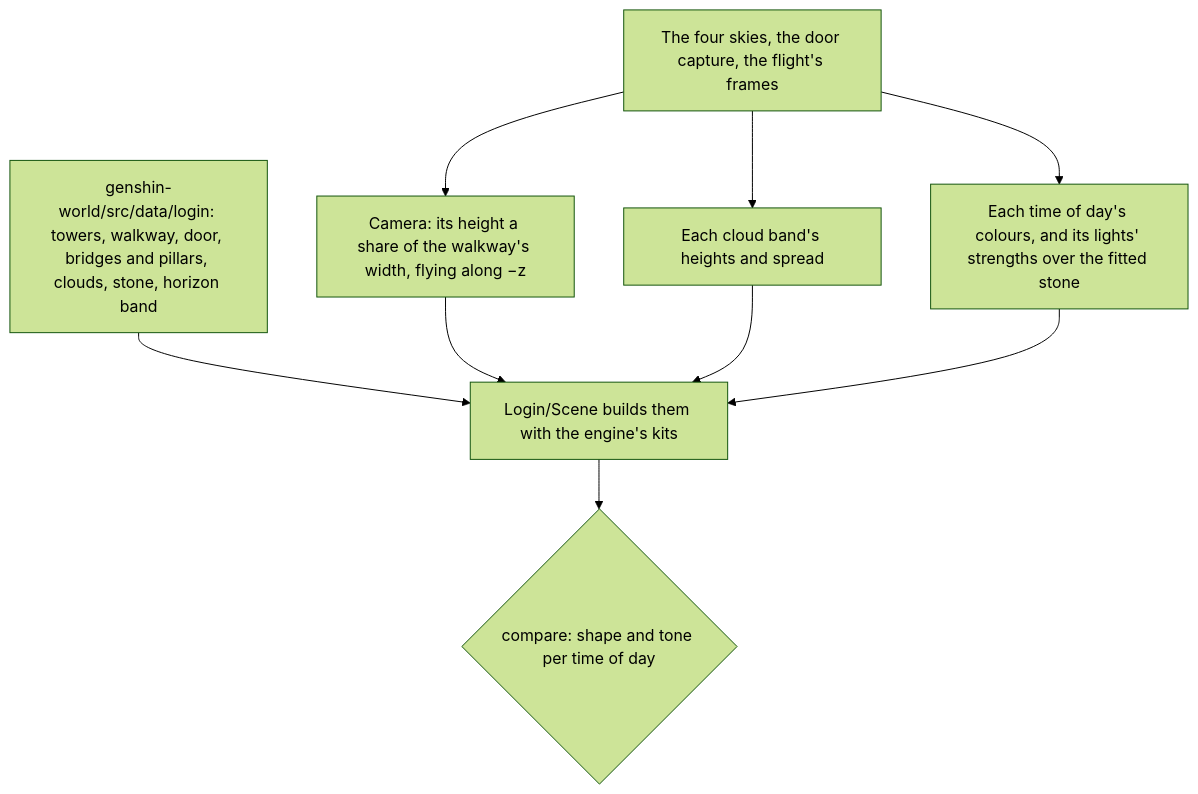
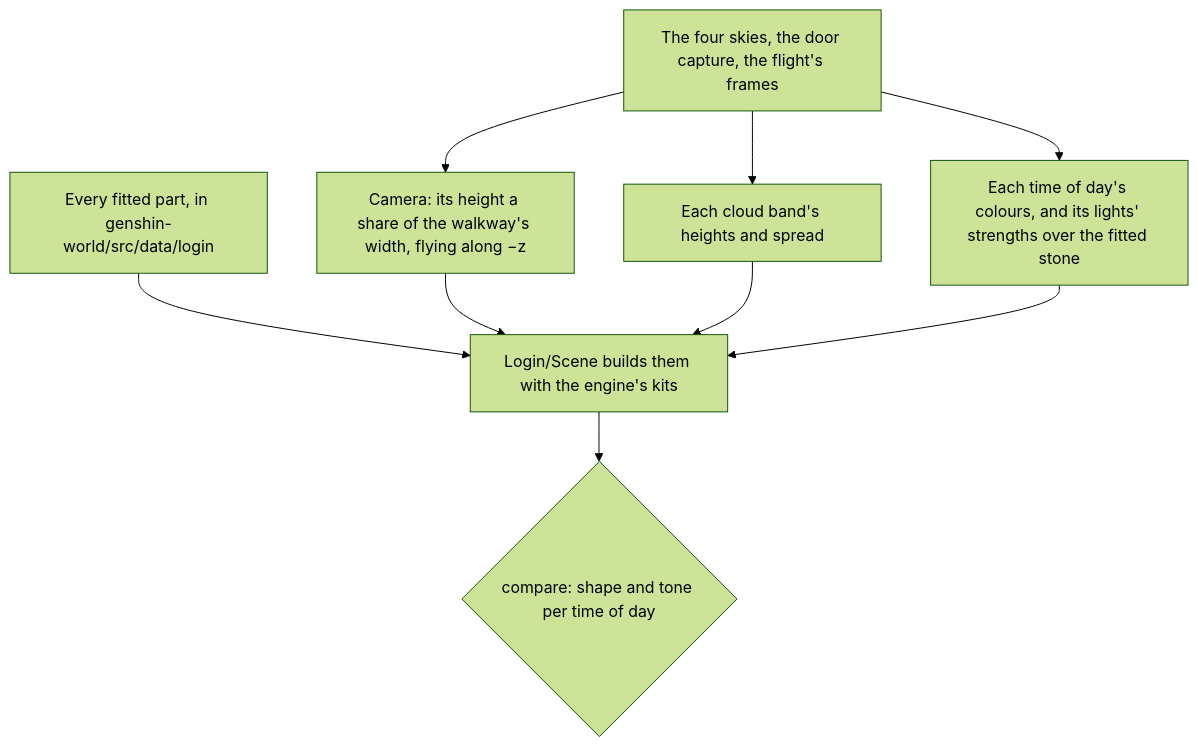
One commit to Esposter/Esposter changed the second of 2 diagrams in apps/web/content/docs/genshin/login-screen.md. Above: the diagram before and after it, drawn with Mermaid (forest theme). The commit also changed other lines of this file and 16 other files, not shown here.

````diff
--- a/apps/web/content/docs/genshin/login-screen.md
+++ b/apps/web/content/docs/genshin/login-screen.md
@@ -31,11 +31,11 @@
 ```mermaid
 flowchart TD
-  DATA["genshin-world/src/data/login: towers, walkway, door, bridges and pillars, clouds, stone, horizon band"] --> SCENE[Login/Scene builds them with the engine's kits]
+  DATA["Every fitted part, in genshin-world/src/data/login"] --> SCENE[Login/Scene builds them with the engine's kits]
   REF[The four skies, the door capture, the flight's frames] --> CAM["Camera: its height a share of the walkway's width, flying along −z"]
   REF --> BANDS[Each cloud band's heights and spread]
   REF --> LIGHT["Each time of day's colours, and its lights' strengths over the fitted stone"]
   CAM --> SCENE
   BANDS --> SCENE
   LIGHT --> SCENE
   SCENE --> SCORE{compare: shape and tone per time of day}
 ```
````
